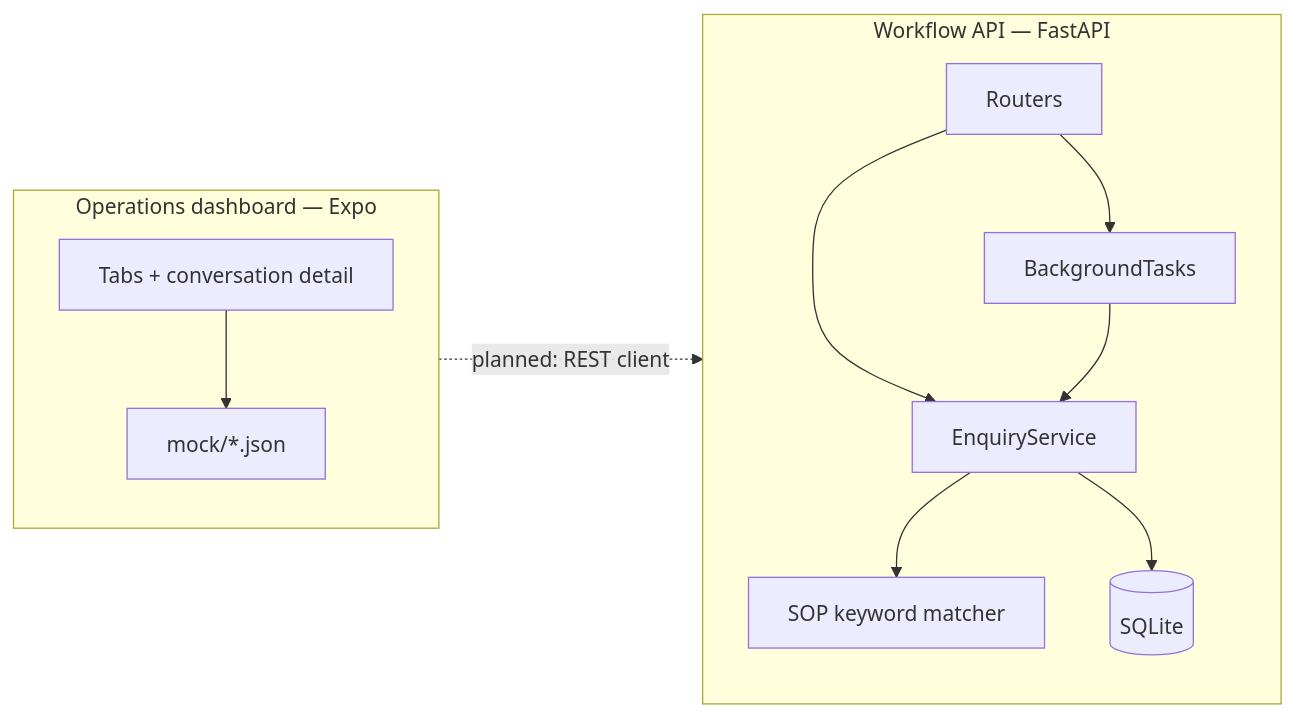
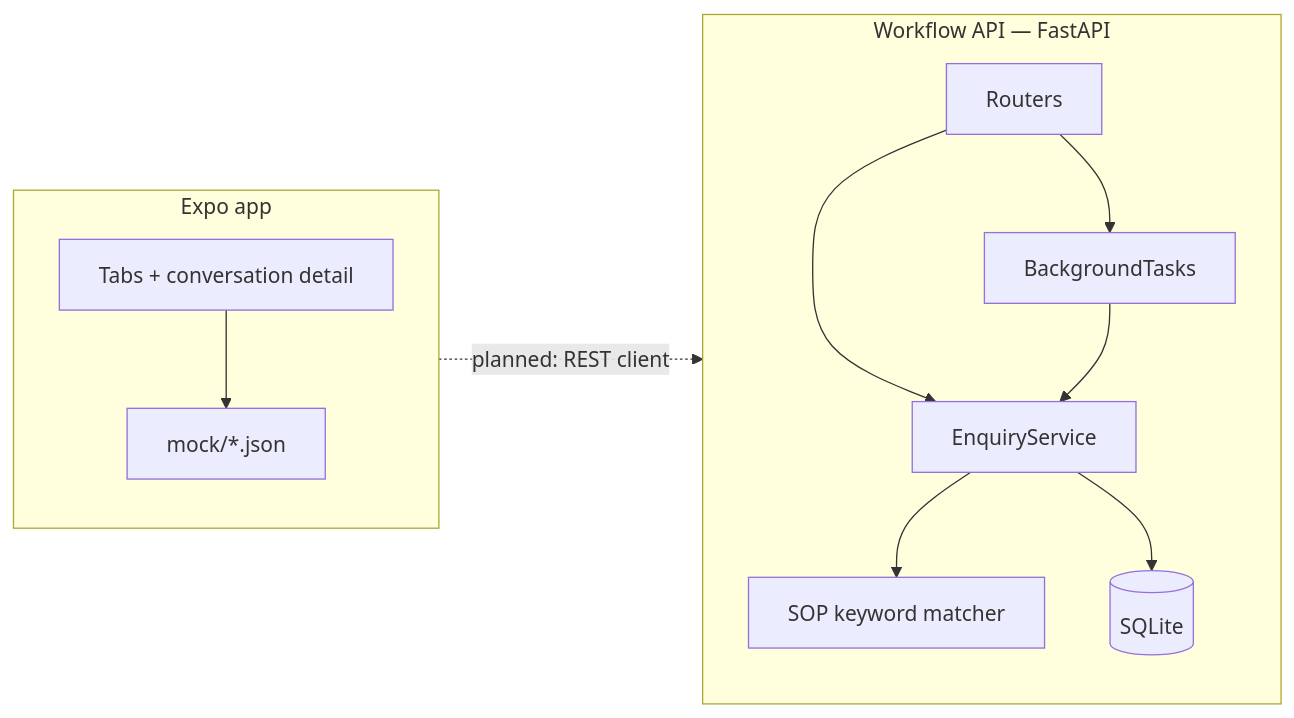
The diagram in README.md (HarshYadav1711/SignalDesk), drawn with Mermaid before and after one commit. The commit also changed other lines of this file and 13 other files, not shown here.

````diff
--- a/README.md
+++ b/README.md
@@ -54,23 +54,23 @@
 ```mermaid
 flowchart LR
-  subgraph ops [Operations dashboard — Expo]
+  subgraph ops [Expo app]
     UI[Tabs + conversation detail]
     Mock[mock/*.json]
     UI --> Mock
   end
 
   subgraph core [Workflow API — FastAPI]
     API[Routers]
     SVC[EnquiryService]
     BG[BackgroundTasks]
     SOP[SOP keyword matcher]
     DB[(SQLite)]
     API --> SVC
     API --> BG
     BG --> SVC
     SVC --> SOP
     SVC --> DB
   end
 
   ops -.->|planned: REST client| core
 ```
````
